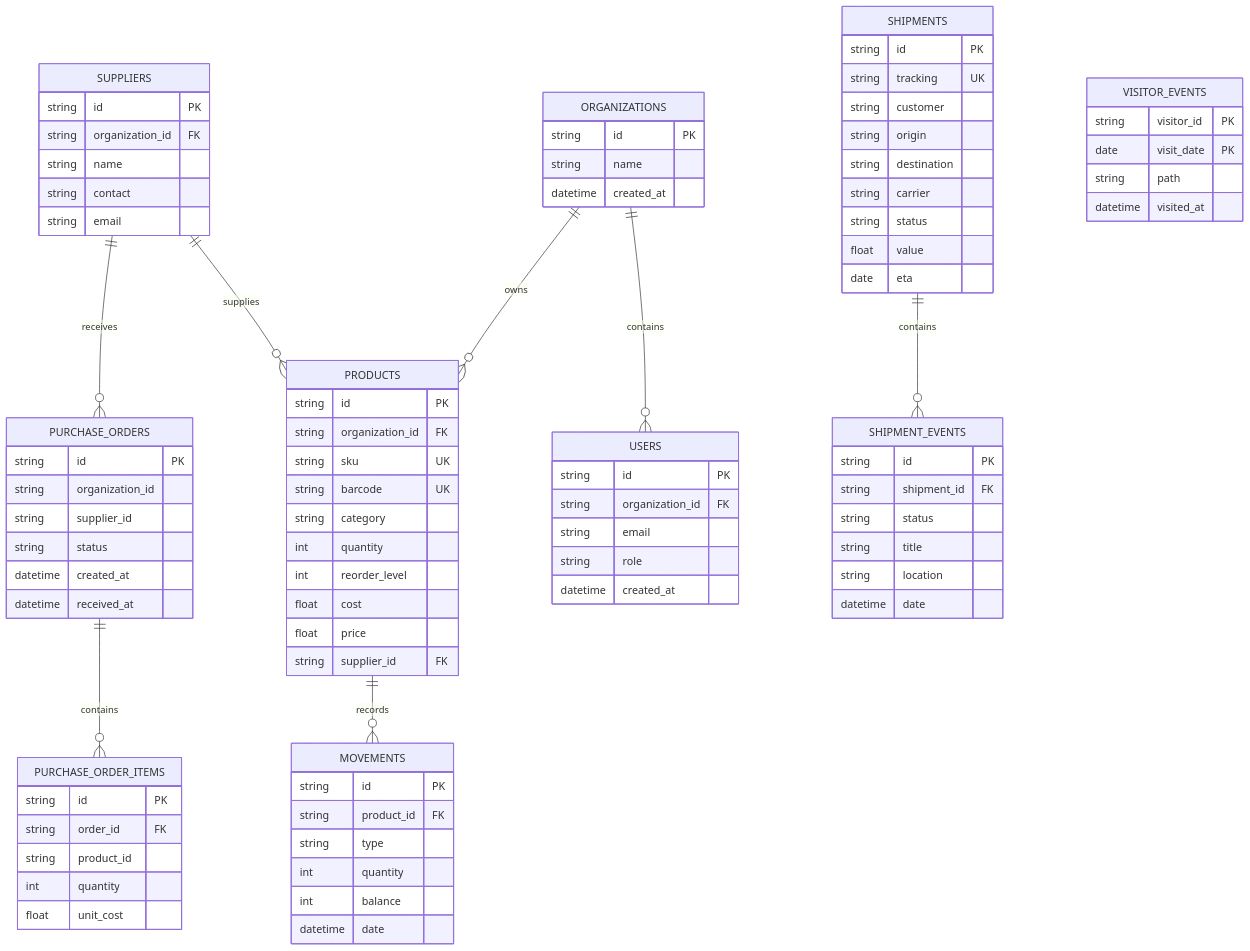
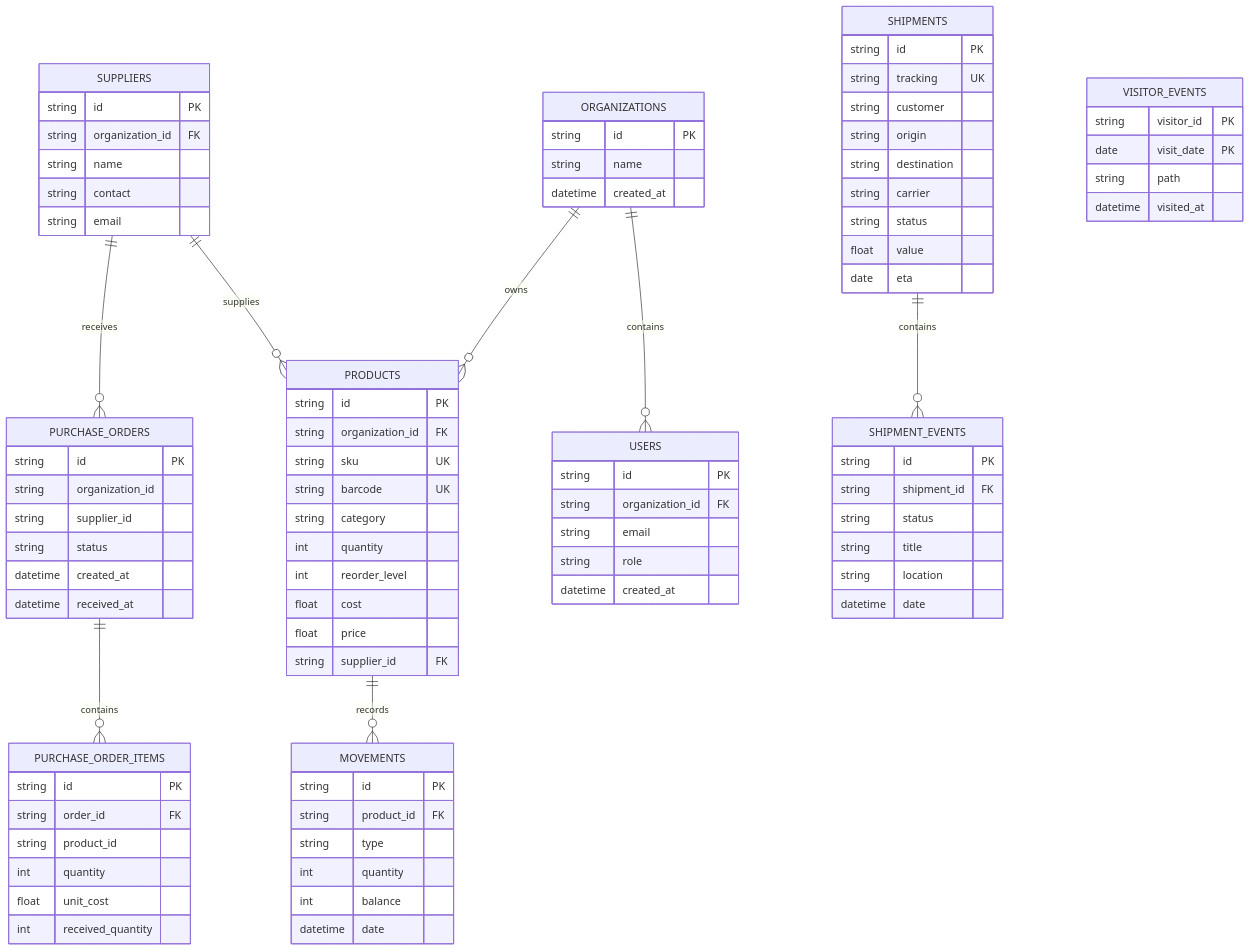
Before and after one commit to sgshiv001/inventrack-inventory-management: the second of 2 diagrams in docs/ARCHITECTURE.md, drawn with Mermaid. The commit also changed other lines of this file and 15 other files, not shown here.

```diff
--- a/docs/ARCHITECTURE.md
+++ b/docs/ARCHITECTURE.md
@@ -110,6 +110,7 @@
     string product_id
     int quantity
     float unit_cost
+    int received_quantity
   }
   ORGANIZATIONS {
     string id PK
```
